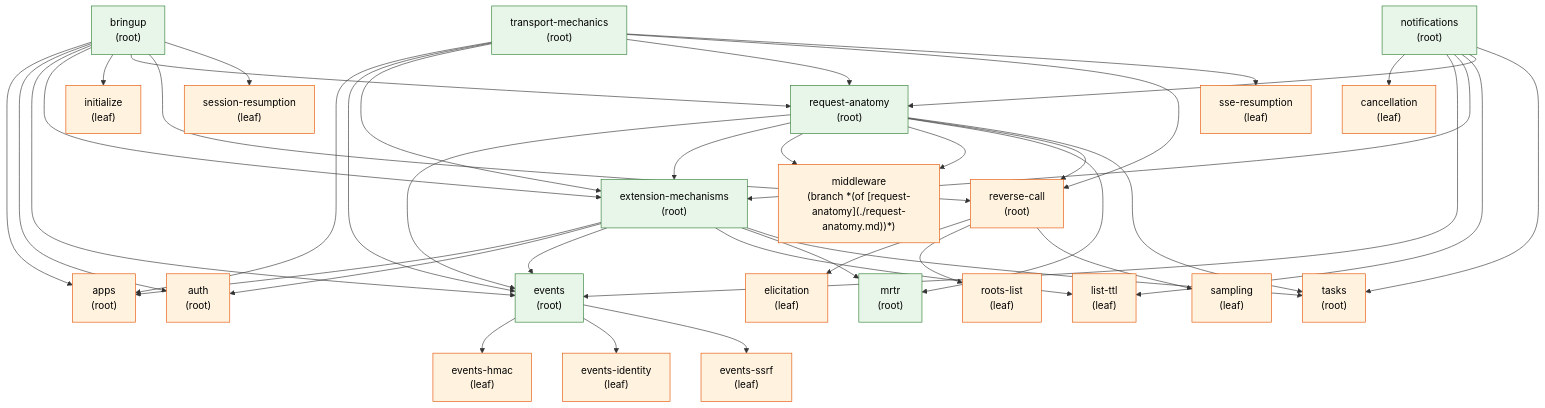
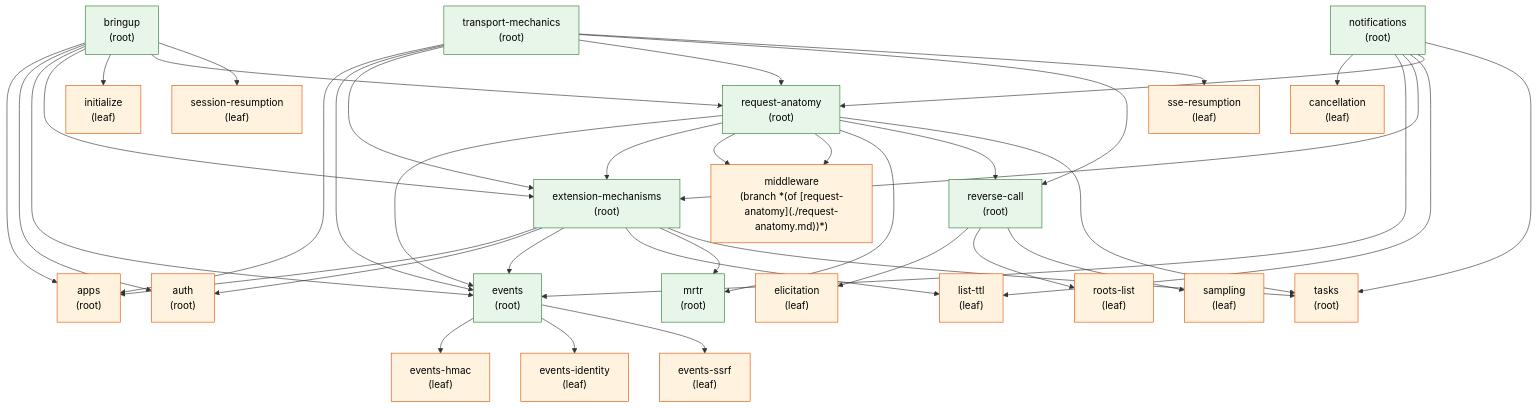
One commit to panyam/mcpkit changed the diagram in tutorials/walkthrough/GRAPH.md. Above: the diagram before and after it, drawn with Mermaid. The commit also changed 7 other files, not shown here.

First line of the commit message:
docs(tutorial): write reverse-call.md (sampling/elicitation/roots end-to-end)

````diff
--- a/tutorials/walkthrough/GRAPH.md
+++ b/tutorials/walkthrough/GRAPH.md
@@ -81,9 +81,8 @@
     bringup --> request-anatomy
     transport-mechanics --> request-anatomy
     notifications --> request-anatomy
-    bringup --> reverse-call
+    request-anatomy --> reverse-call
     transport-mechanics --> reverse-call
-    request-anatomy --> reverse-call
     reverse-call --> roots-list
     reverse-call --> sampling
     bringup --> session-resumption
@@ -94,6 +93,6 @@
 
     classDef written fill:#e8f5e9,stroke:#2e7d32,color:#000;
     classDef stub fill:#fff3e0,stroke:#e65100,color:#000;
-    class bringup,events,extension-mechanisms,mrtr,notifications,request-anatomy,transport-mechanics written;
-    class apps,auth,cancellation,elicitation,events-hmac,events-identity,events-ssrf,initialize,list-ttl,middleware,reverse-call,roots-list,sampling,session-resumption,sse-resumption,tasks stub;
+    class bringup,events,extension-mechanisms,mrtr,notifications,request-anatomy,reverse-call,transport-mechanics written;
+    class apps,auth,cancellation,elicitation,events-hmac,events-identity,events-ssrf,initialize,list-ttl,middleware,roots-list,sampling,session-resumption,sse-resumption,tasks stub;
 ```
````
